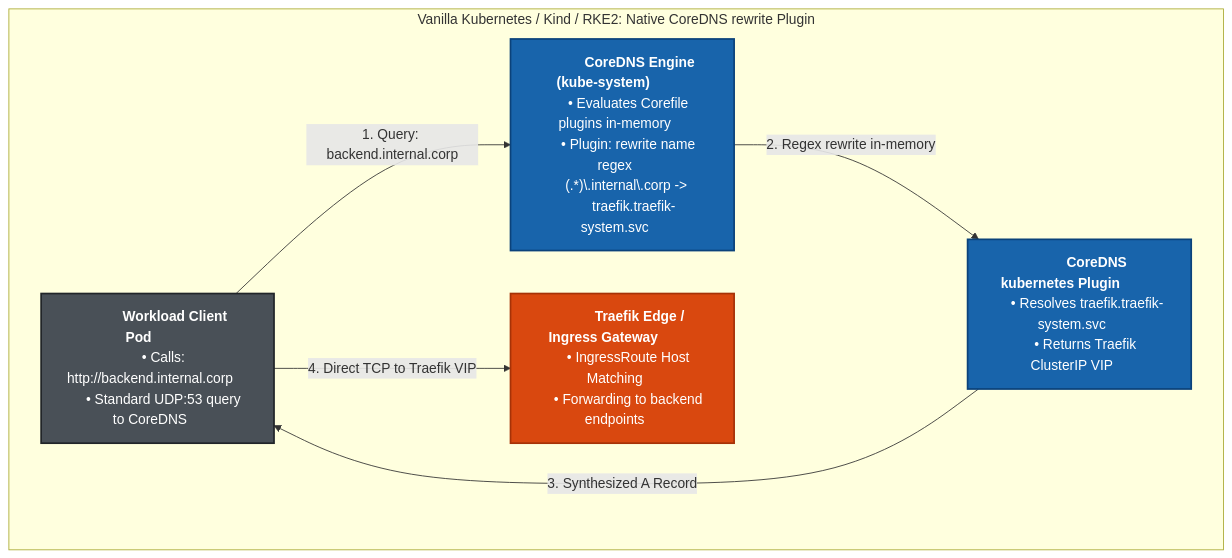
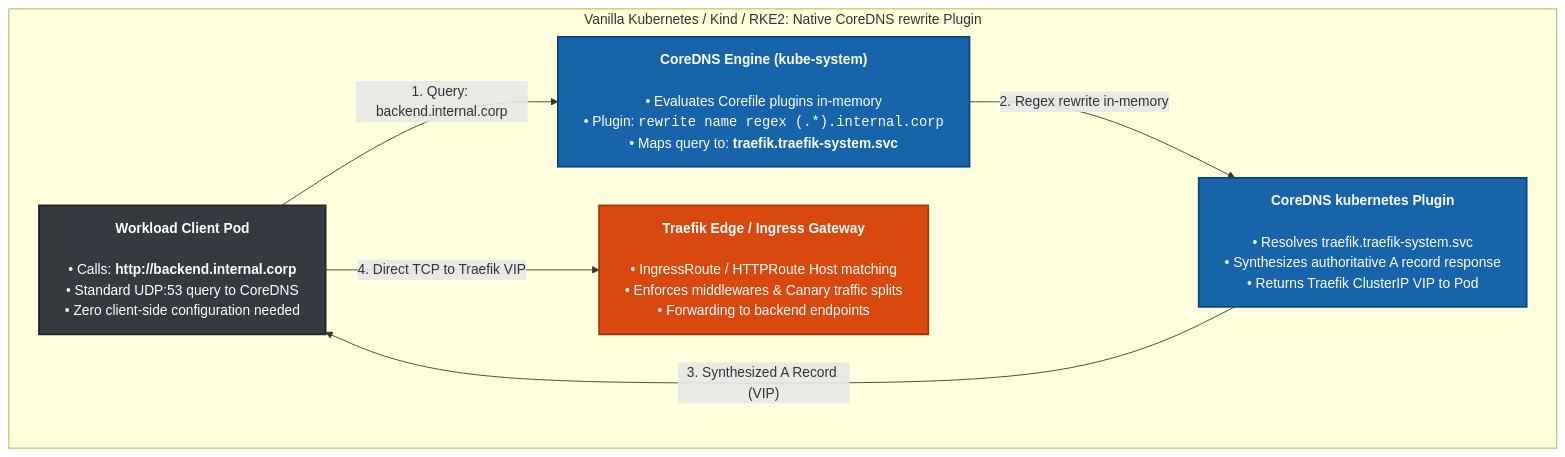
One commit to nubenetes/cloudnative-ingress-mesh-lab changed the fifth of 10 diagrams in docs/FQDN_ROUTING.md. Above: the diagram before and after it, drawn with Mermaid. The commit also changed other lines of this file, not shown here.

Commit message:
docs: resolve text clipping across all diagrams in FQDN_ROUTING.md

````diff
--- a/docs/FQDN_ROUTING.md
+++ b/docs/FQDN_ROUTING.md
@@ -660,25 +662,26 @@
 ```mermaid
+%%{init: {"flowchart": {"wrappingWidth": 460, "nodeSpacing": 45, "rankSpacing": 45}}}%%
 flowchart TD
-    subgraph VanillaK8s ["&nbsp;&nbsp;&nbsp;&nbsp;&nbsp;&nbsp;&nbsp;&nbsp;&nbsp;&nbsp;&nbsp;&nbsp;Vanilla Kubernetes / Kind / RKE2: Native CoreDNS rewrite Plugin&nbsp;&nbsp;&nbsp;&nbsp;&nbsp;&nbsp;&nbsp;&nbsp;&nbsp;&nbsp;&nbsp;&nbsp;"]
-        PodV["&nbsp;&nbsp;&nbsp;&nbsp;&nbsp;&nbsp;&nbsp;&nbsp;&nbsp;&nbsp;<b>Workload Client Pod</b>&nbsp;&nbsp;&nbsp;&nbsp;&nbsp;&nbsp;&nbsp;&nbsp;&nbsp;&nbsp;<br/>&nbsp;&nbsp;&nbsp;&nbsp;• Calls: http://backend.internal.corp&nbsp;&nbsp;&nbsp;&nbsp;<br/>&nbsp;&nbsp;&nbsp;&nbsp;• Standard UDP:53 query to CoreDNS&nbsp;&nbsp;&nbsp;&nbsp;"]
+    subgraph VanillaK8s ["Vanilla Kubernetes / Kind / RKE2: Native CoreDNS rewrite Plugin"]
+        PodV["<b>Workload Client Pod</b><br/><br/>• Calls: <b>http://backend.internal.corp</b><br/>• Standard UDP:53 query to CoreDNS<br/>• Zero client-side configuration needed"]
         
-        CoreDNS_Engine["&nbsp;&nbsp;&nbsp;&nbsp;&nbsp;&nbsp;&nbsp;&nbsp;&nbsp;&nbsp;<b>CoreDNS Engine (kube-system)</b>&nbsp;&nbsp;&nbsp;&nbsp;&nbsp;&nbsp;&nbsp;&nbsp;&nbsp;&nbsp;<br/>&nbsp;&nbsp;&nbsp;&nbsp;• Evaluates Corefile plugins in-memory&nbsp;&nbsp;&nbsp;&nbsp;<br/>&nbsp;&nbsp;&nbsp;&nbsp;• Plugin: rewrite name regex&nbsp;&nbsp;&nbsp;&nbsp;<br/>&nbsp;&nbsp;&nbsp;&nbsp;&nbsp;&nbsp;(.*)\.internal\.corp ->&nbsp;&nbsp;&nbsp;&nbsp;<br/>&nbsp;&nbsp;&nbsp;&nbsp;&nbsp;&nbsp;traefik.traefik-system.svc&nbsp;&nbsp;&nbsp;&nbsp;"]
+        CoreDNS_Engine["<b>CoreDNS Engine (kube-system)</b><br/><br/>• Evaluates Corefile plugins in-memory<br/>• Plugin: <code>rewrite name regex (.*).internal.corp</code><br/>• Maps query to: <b>traefik.traefik-system.svc</b>"]
         
-        K8s_Plugin["&nbsp;&nbsp;&nbsp;&nbsp;&nbsp;&nbsp;&nbsp;&nbsp;&nbsp;&nbsp;<b>CoreDNS kubernetes Plugin</b>&nbsp;&nbsp;&nbsp;&nbsp;&nbsp;&nbsp;&nbsp;&nbsp;&nbsp;&nbsp;<br/>&nbsp;&nbsp;&nbsp;&nbsp;• Resolves traefik.traefik-system.svc&nbsp;&nbsp;&nbsp;&nbsp;<br/>&nbsp;&nbsp;&nbsp;&nbsp;• Returns Traefik ClusterIP VIP&nbsp;&nbsp;&nbsp;&nbsp;"]
+        K8s_Plugin["<b>CoreDNS kubernetes Plugin</b><br/><br/>• Resolves traefik.traefik-system.svc<br/>• Synthesizes authoritative A record response<br/>• Returns Traefik ClusterIP VIP to Pod"]
         
-        Traefik_Vanilla["&nbsp;&nbsp;&nbsp;&nbsp;&nbsp;&nbsp;&nbsp;&nbsp;&nbsp;&nbsp;<b>Traefik Edge / Ingress Gateway</b>&nbsp;&nbsp;&nbsp;&nbsp;&nbsp;&nbsp;&nbsp;&nbsp;&nbsp;&nbsp;<br/>&nbsp;&nbsp;&nbsp;&nbsp;• IngressRoute Host Matching&nbsp;&nbsp;&nbsp;&nbsp;<br/>&nbsp;&nbsp;&nbsp;&nbsp;• Forwarding to backend endpoints&nbsp;&nbsp;&nbsp;&nbsp;"]
+        Traefik_Vanilla["<b>Traefik Edge / Ingress Gateway</b><br/><br/>• IngressRoute / HTTPRoute Host matching<br/>• Enforces middlewares & Canary traffic splits<br/>• Forwarding to backend endpoints"]
 
         PodV -->|"1. Query: backend.internal.corp"| CoreDNS_Engine
         CoreDNS_Engine -->|"2. Regex rewrite in-memory"| K8s_Plugin
-        K8s_Plugin -->|"3. Synthesized A Record"| PodV
+        K8s_Plugin -->|"3. Synthesized A Record (VIP)"| PodV
         PodV -->|"4. Direct TCP to Traefik VIP"| Traefik_Vanilla
     end
 
-    classDef client fill:#495057,stroke:#212529,stroke-width:2px,color:#fff;
-    classDef dns fill:#1864ab,stroke:#0b427a,stroke-width:2px,color:#fff;
-    classDef router fill:#d9480f,stroke:#a63207,stroke-width:2px,color:#fff;
+    classDef client fill:#343a40,stroke:#212529,stroke-width:2px,color:#fff,min-width:380px;
+    classDef dns fill:#1864ab,stroke:#0b427a,stroke-width:2px,color:#fff,min-width:380px;
+    classDef router fill:#d9480f,stroke:#a63207,stroke-width:2px,color:#fff,min-width:380px;
 
     class PodV client;
     class CoreDNS_Engine,K8s_Plugin dns;
     class Traefik_Vanilla router;
 ```
````
